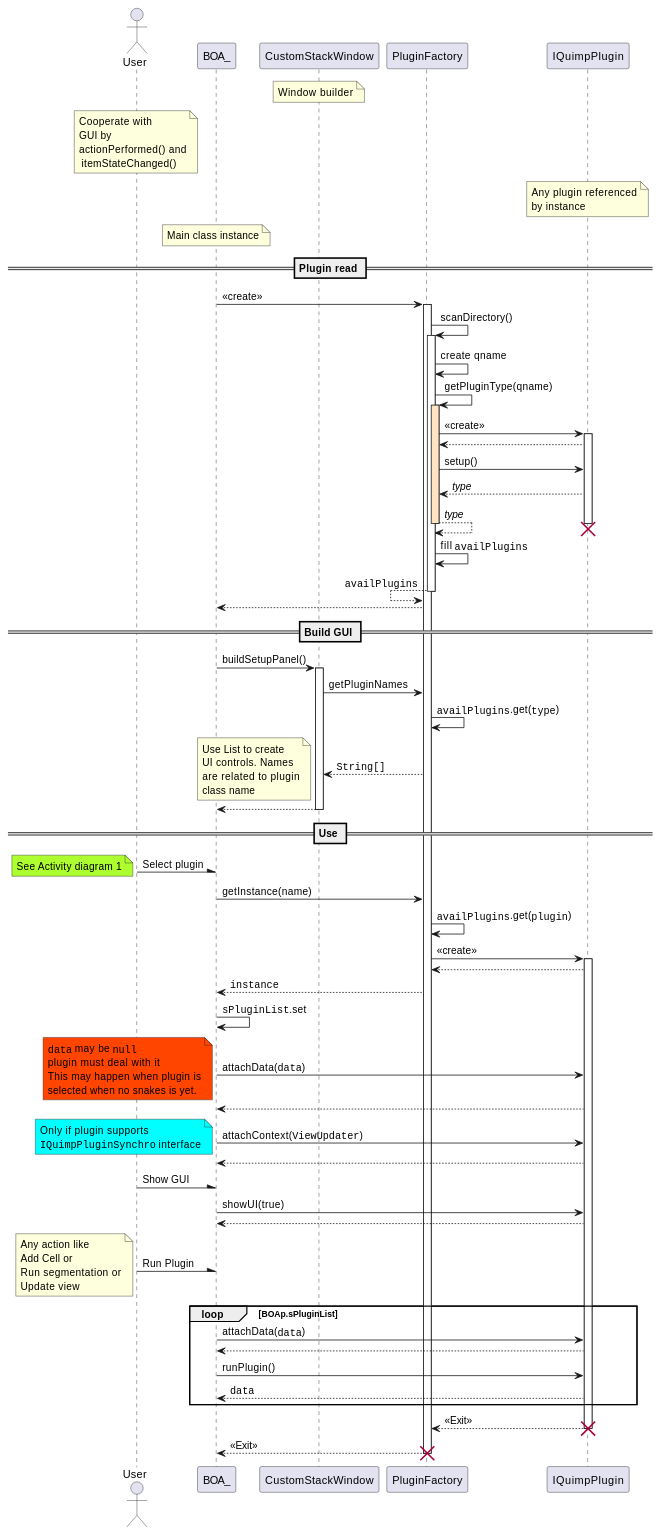
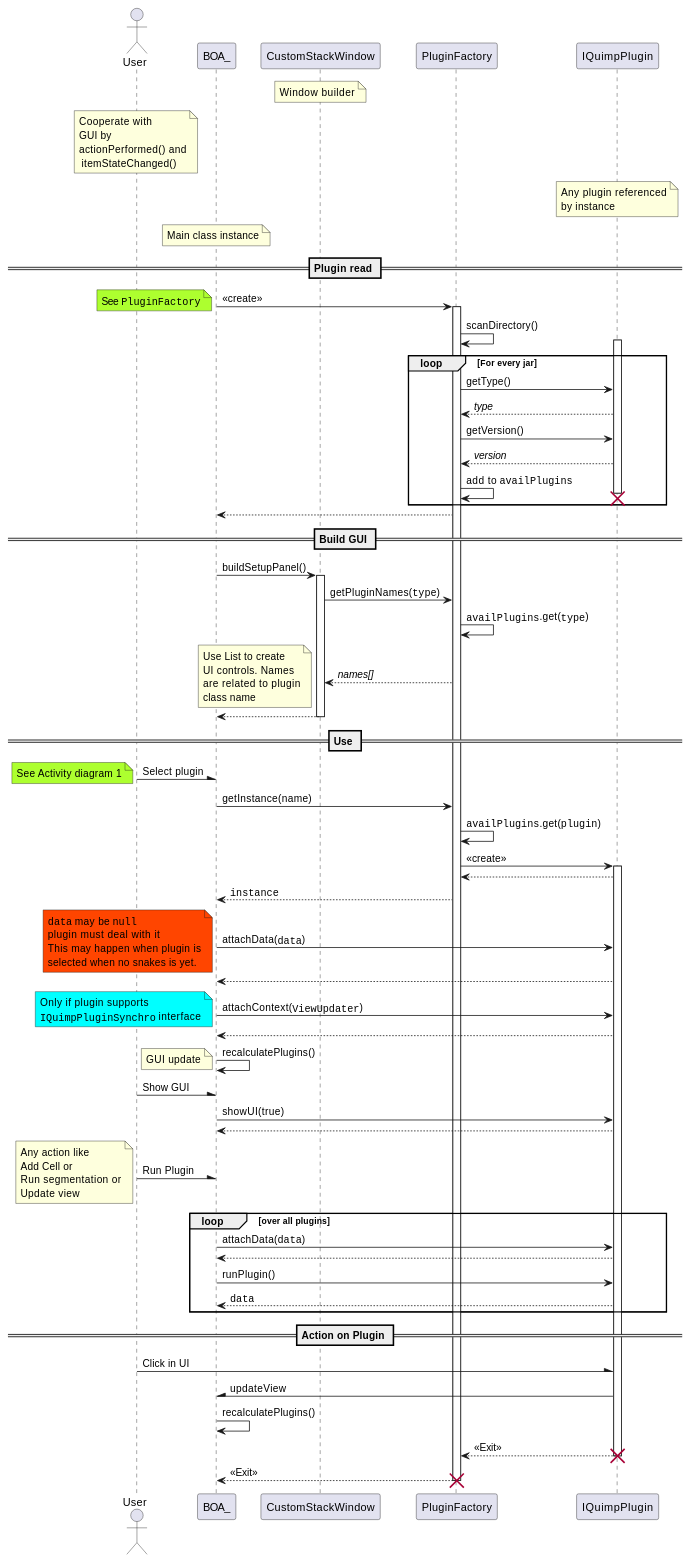
One commit to CellDynamics/QuimP changed the second of 8 diagrams in Doxygen_doc/SnakePlugin.md. Above: the diagram before and after it, drawn with PlantUML. The commit also changed other lines of this file and 7 other files, not shown here.

```diff
--- a/Doxygen_doc/SnakePlugin.md
+++ b/Doxygen_doc/SnakePlugin.md
@@ -86,39 +88,33 @@
 
 == Plugin read ==
 QuimP -> PluginFactory : <<create>>
+note left #GreenYellow : See ""PluginFactory""
 activate PluginFactory
 PluginFactory -> PluginFactory : scanDirectory()
-activate PluginFactory
-PluginFactory -> PluginFactory : create qname
-PluginFactory -> PluginFactory : getPluginType(qname)
-activate PluginFactory #Bisque
-PluginFactory -> Plugin : <<create>>
-activate Plugin
-PluginFactory <-- Plugin
-PluginFactory -> Plugin : setup()
-Plugin --> PluginFactory : //type//
-PluginFactory-->PluginFactory : //type//
-destroy Plugin
-deactivate PluginFactory
-PluginFactory -> PluginFactory : fill ""availPlugins""
-PluginFactory <-- PluginFactory : ""availPlugins""
-deactivate PluginFactory
+loop For every jar
+    activate Plugin
+    PluginFactory -> Plugin : getType()
+    Plugin --> PluginFactory : //type//
+    PluginFactory -> Plugin : getVersion()
+    Plugin --> PluginFactory : //version//
+    PluginFactory -> PluginFactory : add to ""availPlugins""
+    destroy Plugin
+end
 PluginFactory --> QuimP
 
 == Build GUI ==
 
 QuimP -> GUIBuilder : buildSetupPanel()
 activate GUIBuilder
-GUIBuilder -> PluginFactory : getPluginNames
+GUIBuilder -> PluginFactory : getPluginNames(""type"")
 PluginFactory -> PluginFactory : ""availPlugins"".get(""type"")
-GUIBuilder <-- PluginFactory : ""String[]""
+GUIBuilder <-- PluginFactory : //names[]//
 note left
 Use List to create
 UI controls. Names
 are related to plugin
 class name
 end note
-
 
 GUIBuilder --> QuimP
 deactivate GUIBuilder
@@ -134,7 +130,6 @@
 PluginFactory <-- Plugin
 PluginFactory --> QuimP : ""instance""
 
-QuimP -> QuimP :""sPluginList"".set
 QuimP -> Plugin :attachData(""data"")
 note left #OrangeRed
 ""data"" may be ""null""
@@ -149,6 +144,8 @@
 ""IQuimpPluginSynchro"" interface
 end note
 Plugin --> QuimP
+QuimP -> QuimP : recalculatePlugins()
+note left : GUI update
 
 User -\ QuimP : Show GUI
 QuimP -> Plugin : showUI(true)
@@ -156,13 +153,18 @@
 
 User -\ QuimP : Run Plugin
 note left: Any action like\nAdd Cell or\nRun segmentation or\nUpdate view
-loop BOAp.sPluginList
+loop over all plugins
     QuimP -> Plugin : attachData(""data"")
     Plugin --> QuimP
     QuimP -> Plugin : runPlugin()
     Plugin --> QuimP : ""data""
 end    
 
+== Action on Plugin ==
+User -\ Plugin : Click in UI
+Plugin -\ QuimP : updateView
+QuimP -> QuimP : recalculatePlugins()
+
 Plugin --> PluginFactory : <<Exit>>
 destroy Plugin
 QuimP <-- PluginFactory : <<Exit>>
```
